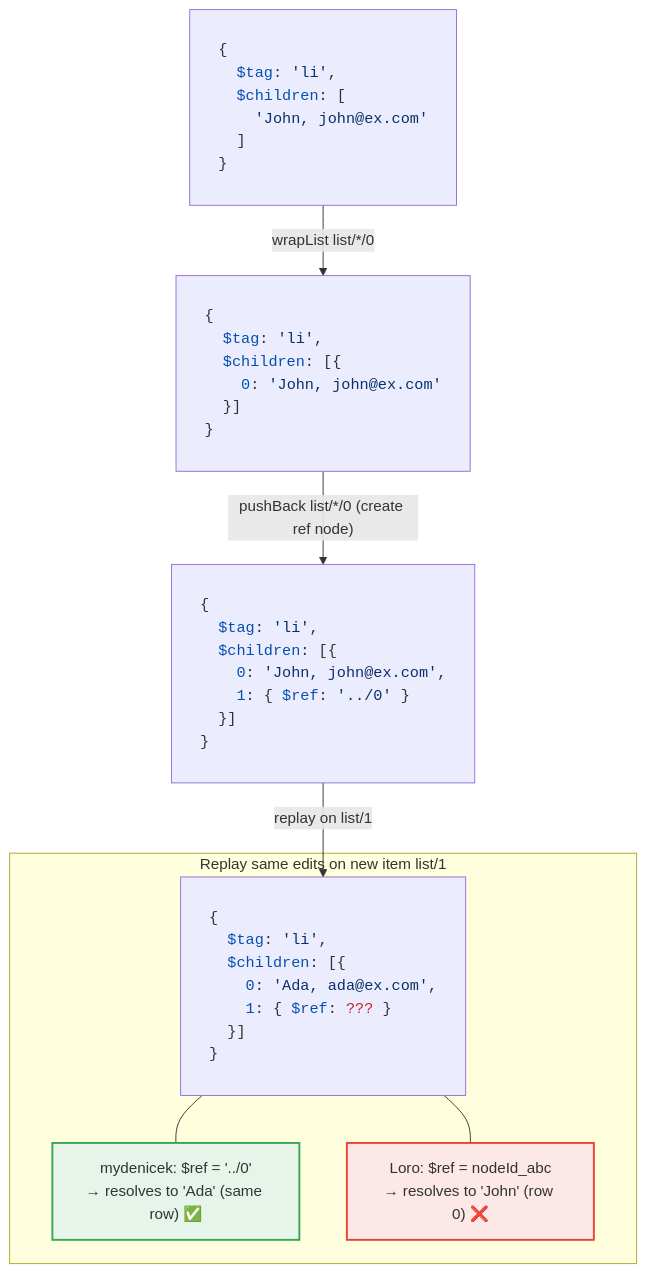
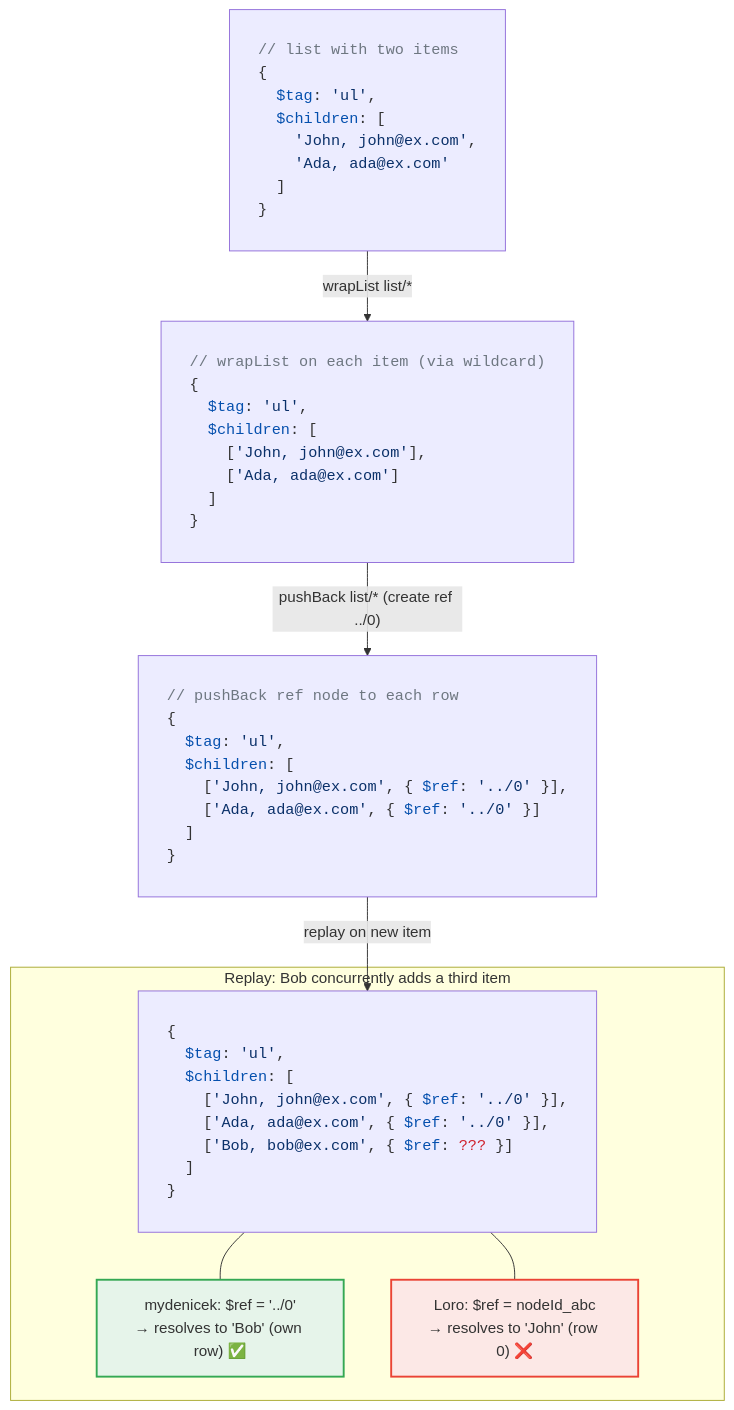
Before and after one commit to krsion/master-thesis: the diagram in img/retargeting.mmd, drawn with Mermaid. The commit also changed 1 other file, not shown here.

Commit message:
Retargeting diagram: show full list with wildcard wrapList + pushBack ref
Two-item list → wrapList wraps each into sub-list → pushBack adds
ref ../0 to each row → replay on Bob's new item shows Loro pointing
to John (row 0) while mydenicek ../0 resolves to Bob (own row).

```diff
--- a/img/retargeting.mmd
+++ b/img/retargeting.mmd
@@ -1,53 +1,59 @@
 %%{init: {'themeVariables': {'fontFamily': 'monospace'}}}%%
 graph TB
     S1["<pre style='text-align:left'>
+<span style='color:#6e7781'>// list with two items</span>
 {
-  <span style='color:#0550ae'>$tag</span>: <span style='color:#0a3069'>'li'</span>,
+  <span style='color:#0550ae'>$tag</span>: <span style='color:#0a3069'>'ul'</span>,
   <span style='color:#0550ae'>$children</span>: [
-    <span style='color:#0a3069'>'John, john@ex.com'</span>
+    <span style='color:#0a3069'>'John, john@ex.com'</span>,
+    <span style='color:#0a3069'>'Ada, ada@ex.com'</span>
   ]
 }
 </pre>"]
     S2["<pre style='text-align:left'>
+<span style='color:#6e7781'>// wrapList on each item (via wildcard)</span>
 {
-  <span style='color:#0550ae'>$tag</span>: <span style='color:#0a3069'>'li'</span>,
-  <span style='color:#0550ae'>$children</span>: [{
-    <span style='color:#0550ae'>0</span>: <span style='color:#0a3069'>'John, john@ex.com'</span>
-  }]
+  <span style='color:#0550ae'>$tag</span>: <span style='color:#0a3069'>'ul'</span>,
+  <span style='color:#0550ae'>$children</span>: [
+    [<span style='color:#0a3069'>'John, john@ex.com'</span>],
+    [<span style='color:#0a3069'>'Ada, ada@ex.com'</span>]
+  ]
 }
 </pre>"]
     S3["<pre style='text-align:left'>
+<span style='color:#6e7781'>// pushBack ref node to each row</span>
 {
-  <span style='color:#0550ae'>$tag</span>: <span style='color:#0a3069'>'li'</span>,
-  <span style='color:#0550ae'>$children</span>: [{
-    <span style='color:#0550ae'>0</span>: <span style='color:#0a3069'>'John, john@ex.com'</span>,
-    <span style='color:#0550ae'>1</span>: { <span style='color:#0550ae'>$ref</span>: <span style='color:#0a3069'>'../0'</span> }
-  }]
+  <span style='color:#0550ae'>$tag</span>: <span style='color:#0a3069'>'ul'</span>,
+  <span style='color:#0550ae'>$children</span>: [
+    [<span style='color:#0a3069'>'John, john@ex.com'</span>, { <span style='color:#0550ae'>$ref</span>: <span style='color:#0a3069'>'../0'</span> }],
+    [<span style='color:#0a3069'>'Ada, ada@ex.com'</span>, { <span style='color:#0550ae'>$ref</span>: <span style='color:#0a3069'>'../0'</span> }]
+  ]
 }
 </pre>"]
 
-    S1 -- "wrapList list/*/0" --> S2
-    S2 -- "pushBack list/*/0 (create ref node)" --> S3
+    S1 -- "wrapList list/*" --> S2
+    S2 -- "pushBack list/* (create ref ../0)" --> S3
 
-    subgraph replay["Replay same edits on new item list/1"]
+    subgraph replay["Replay: Bob concurrently adds a third item"]
         S4["<pre style='text-align:left'>
 {
-  <span style='color:#0550ae'>$tag</span>: <span style='color:#0a3069'>'li'</span>,
-  <span style='color:#0550ae'>$children</span>: [{
-    <span style='color:#0550ae'>0</span>: <span style='color:#0a3069'>'Ada, ada@ex.com'</span>,
-    <span style='color:#0550ae'>1</span>: { <span style='color:#0550ae'>$ref</span>: <span style='color:#cf222e'>???</span> }
-  }]
+  <span style='color:#0550ae'>$tag</span>: <span style='color:#0a3069'>'ul'</span>,
+  <span style='color:#0550ae'>$children</span>: [
+    [<span style='color:#0a3069'>'John, john@ex.com'</span>, { <span style='color:#0550ae'>$ref</span>: <span style='color:#0a3069'>'../0'</span> }],
+    [<span style='color:#0a3069'>'Ada, ada@ex.com'</span>, { <span style='color:#0550ae'>$ref</span>: <span style='color:#0a3069'>'../0'</span> }],
+    [<span style='color:#0a3069'>'Bob, bob@ex.com'</span>, { <span style='color:#0550ae'>$ref</span>: <span style='color:#cf222e'>???</span> }]
+  ]
 }
 </pre>"]
         OK["mydenicek: $ref = '../0'
-→ resolves to 'Ada' (same row) ✅"]
+→ resolves to 'Bob' (own row) ✅"]
         BAD["Loro: $ref = nodeId_abc
 → resolves to 'John' (row 0) ❌"]
     end
 
-    S3 -- "replay on list/1" --> S4
+    S3 -- "replay on new item" --> S4
     S4 --- OK
     S4 --- BAD
 
     style OK fill:#e6f4ea,stroke:#34a853,stroke-width:2px
     style BAD fill:#fce8e6,stroke:#ea4335,stroke-width:2px
```
